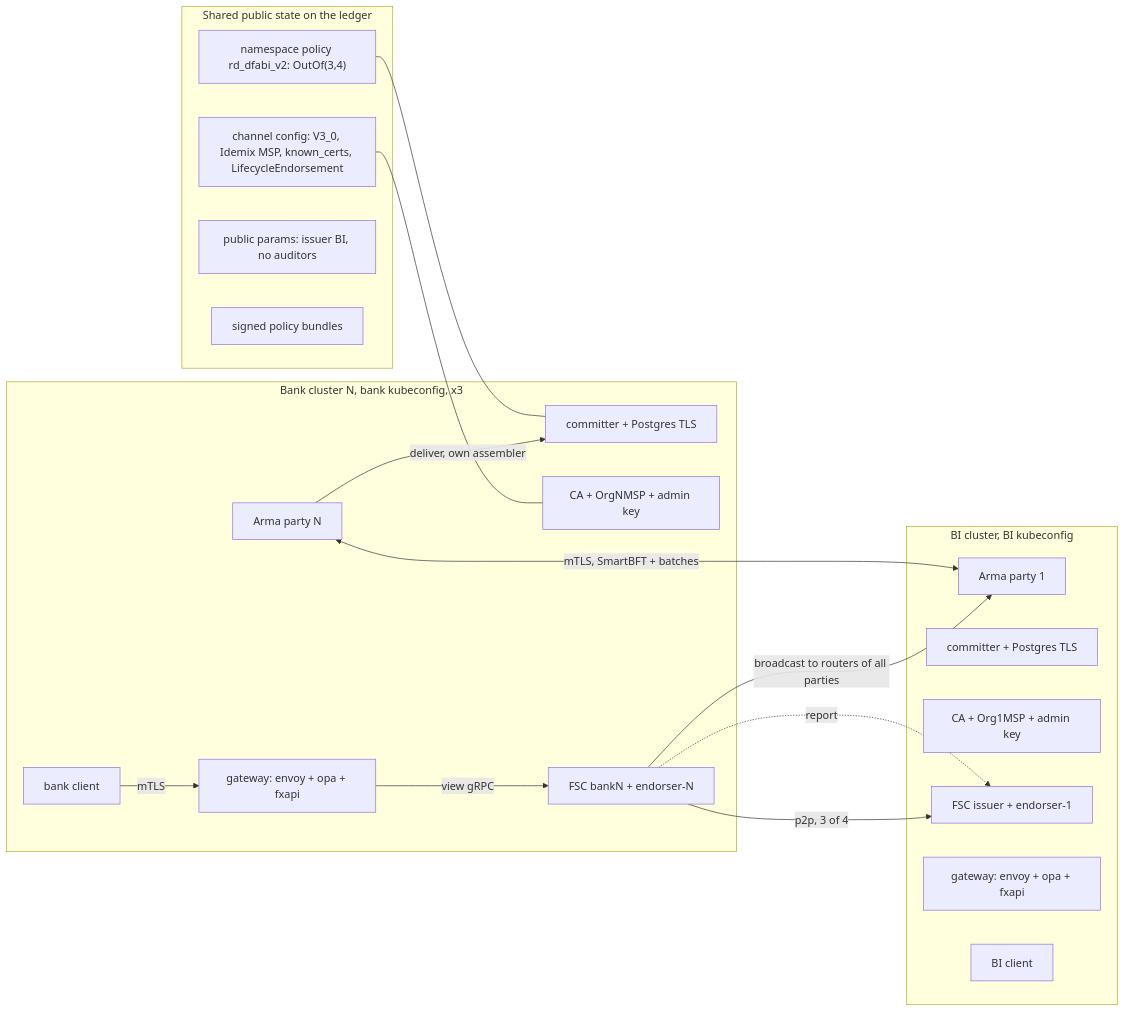
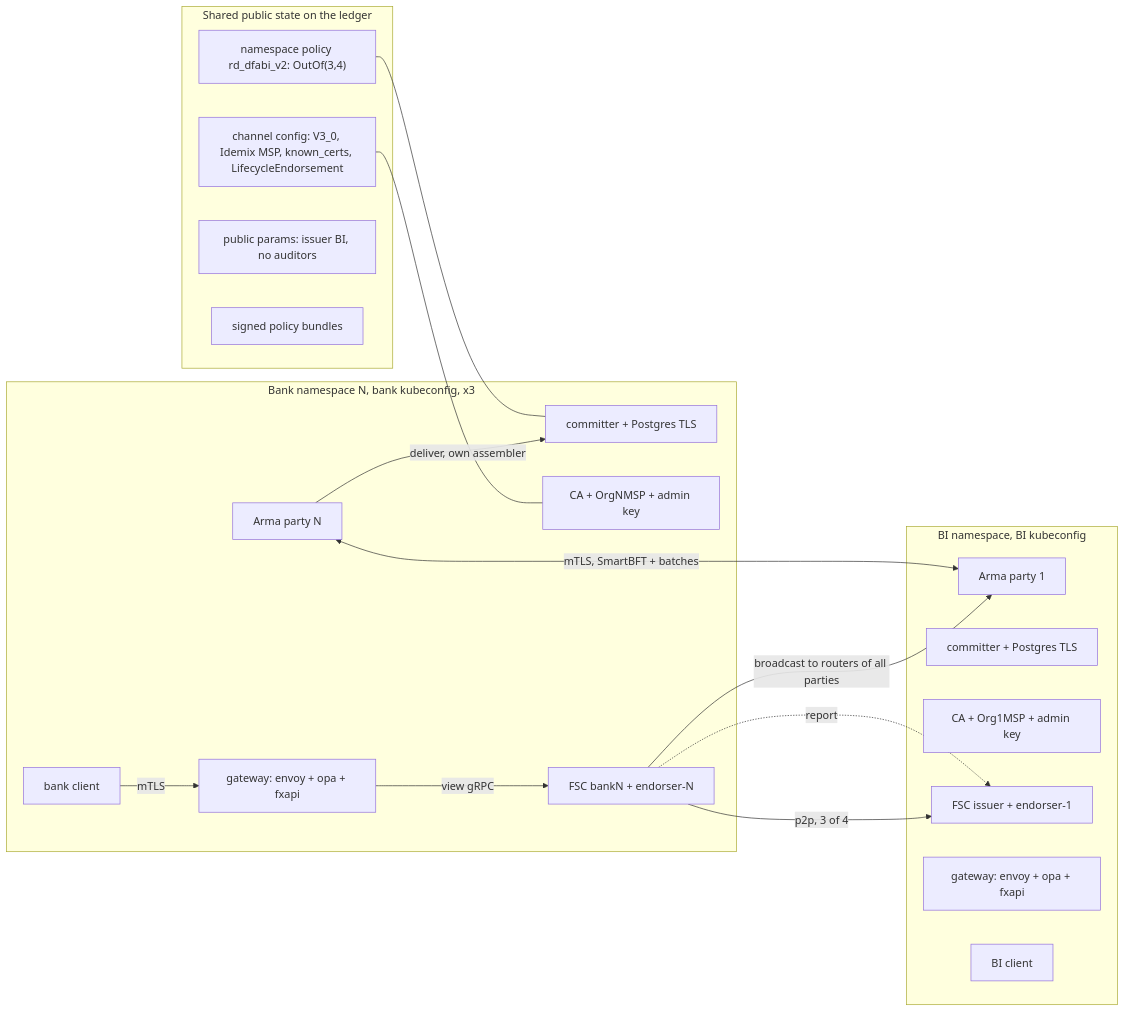
Before and after one commit to radityaaa43/platform-exploration: the second of 3 diagrams in agents/analyst/design/ARCHITECTURE-fabricx.md, drawn with Mermaid. The commit also changed other lines of this file and 5 other files, not shown here.

Commit message:
docs(analyst): deployment topology per platform - two clusters, one namespace per bank, cross-cluster limits cited

````diff
--- a/agents/analyst/design/ARCHITECTURE-fabricx.md
+++ b/agents/analyst/design/ARCHITECTURE-fabricx.md
@@ -76,34 +76,34 @@
 ```mermaid
 flowchart LR
-  subgraph CB["BI cluster, BI kubeconfig"]
+  subgraph CB["BI namespace, BI kubeconfig"]
     BI_A["Arma party 1"]
     BI_C["committer + Postgres TLS"]
     BI_M["CA + Org1MSP + admin key"]
     BI_F["FSC issuer + endorser-1"]
     BI_G["gateway: envoy + opa + fxapi"]
     BI_U["BI client"]
   end
-  subgraph CN["Bank cluster N, bank kubeconfig, x3"]
+  subgraph CN["Bank namespace N, bank kubeconfig, x3"]
     B_A["Arma party N"]
     B_C["committer + Postgres TLS"]
     B_M["CA + OrgNMSP + admin key"]
     B_F["FSC bankN + endorser-N"]
     B_G["gateway: envoy + opa + fxapi"]
     B_U["bank client"]
   end
   subgraph SH["Shared public state on the ledger"]
     CFG["channel config: V3_0, Idemix MSP, known_certs, LifecycleEndorsement"]
     NSP["namespace policy rd_dfabi_v2: OutOf(3,4)"]
     PP["public params: issuer BI, no auditors"]
     BUN["signed policy bundles"]
   end
   B_U -->|"mTLS"| B_G
   B_G -->|"view gRPC"| B_F
   B_F -->|"p2p, 3 of 4"| BI_F
   B_F -->|"broadcast to routers of all parties"| BI_A
   B_A <-->|"mTLS, SmartBFT + batches"| BI_A
   B_A -->|"deliver, own assembler"| B_C
   B_F -.->|"report"| BI_F
   CFG --- B_M
   NSP --- B_C
 ```
````
